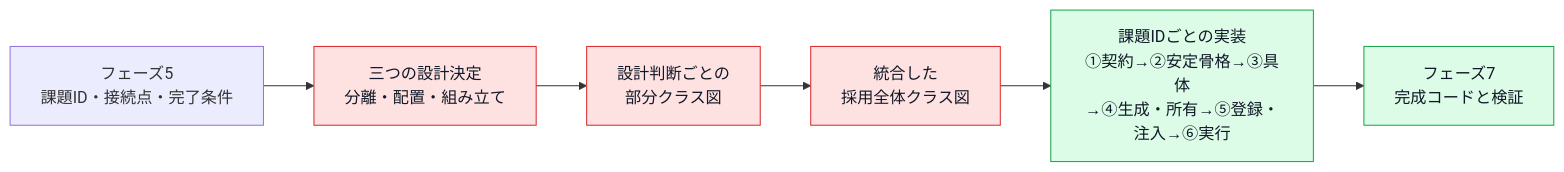
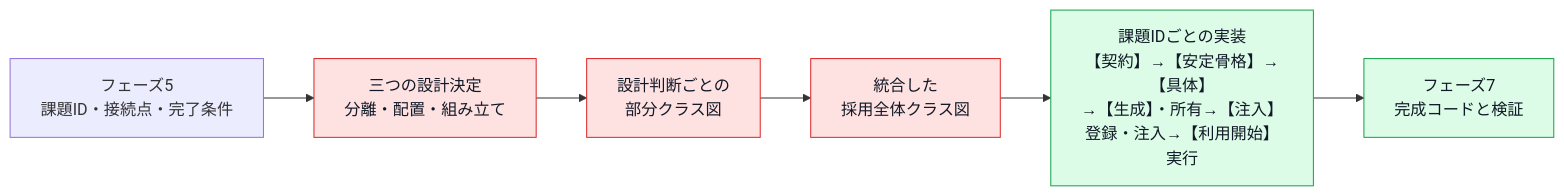
Before and after one commit to kumachan1101-pixel/DesignPattern: the first of 8 diagrams in kindle/design-patterns/output/chapter00_2.md, drawn with Mermaid. The commit also changed other lines of this file and 17 other files, not shown here.

````diff
--- a/kindle/design-patterns/output/chapter00_2.md
+++ b/kindle/design-patterns/output/chapter00_2.md
@@ -69,16 +69,16 @@
 ```mermaid
 flowchart LR
     A["フェーズ5<br/>課題ID・接続点・完了条件"]
     B["三つの設計決定<br/>分離・配置・組み立て"]
     C["設計判断ごとの<br/>部分クラス図"]
     D["統合した<br/>採用全体クラス図"]
-    E["課題IDごとの実装<br/>①契約→②安定骨格→③具体<br/>→④生成・所有→⑤登録・注入→⑥実行"]
+    E["課題IDごとの実装<br/>【契約】→【安定骨格】→【具体】<br/>→【生成】・所有→【注入】登録・注入→【利用開始】実行"]
     F["フェーズ7<br/>完成コードと検証"]
 
     A --> B --> C --> D --> E --> F
 
     classDef decision fill:#fee2e2,stroke:#dc2626,color:#111827;
     classDef implementation fill:#dcfce7,stroke:#16a34a,color:#111827;
     class B,C,D decision;
     class E,F implementation;
 ```
````
